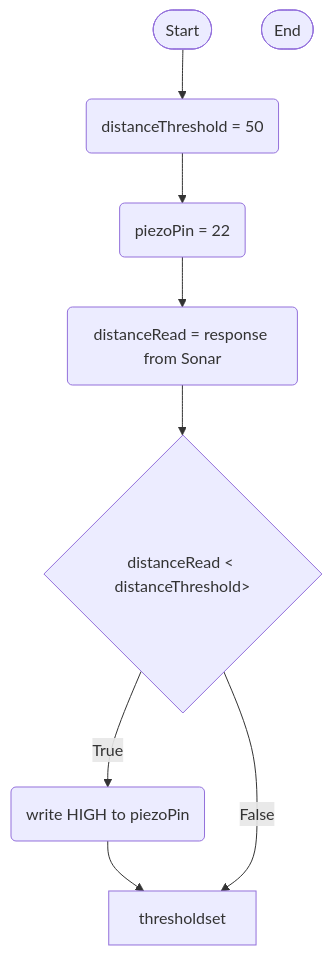
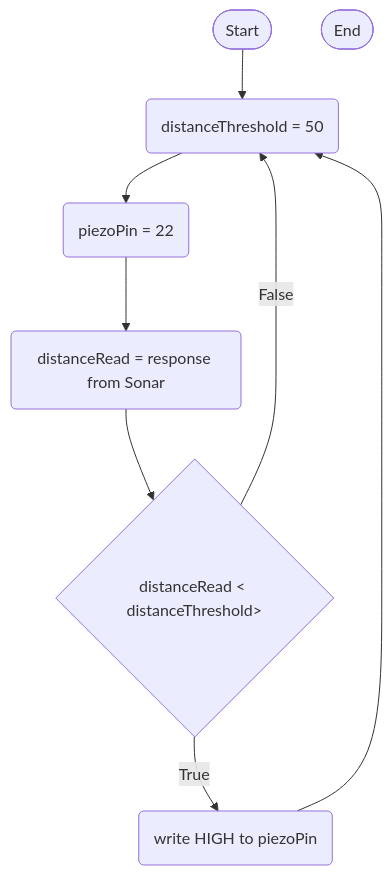
Before and after one commit to 0717330/arduino-board-project: the diagram in logic.md, drawn with Mermaid.

````diff
--- a/logic.md
+++ b/logic.md
@@ -1,19 +1,19 @@
 ```mermaid
 flowchart TD
 terminalStart([Start])
 terminalEnd([End])
 
 thresholdSet(distanceThreshold = 50)
 setPiezoPin(piezoPin = 22)
 currentDistanceReading(distanceRead = response from Sonar)
 activatePiezo(write HIGH to piezoPin)
 ifDistanceLessThanThreshold{distanceRead < distanceThreshold>}
 
 terminalStart --> thresholdSet
 thresholdSet --> setPiezoPin
 setPiezoPin --> currentDistanceReading
 currentDistanceReading --> ifDistanceLessThanThreshold
 ifDistanceLessThanThreshold --> |True| activatePiezo
-activatePiezo --> thresholdset
-ifDistanceLessThanThreshold ---> |False| thresholdset
+activatePiezo --> thresholdSet
+ifDistanceLessThanThreshold ---> |False| thresholdSet
 ```
````
